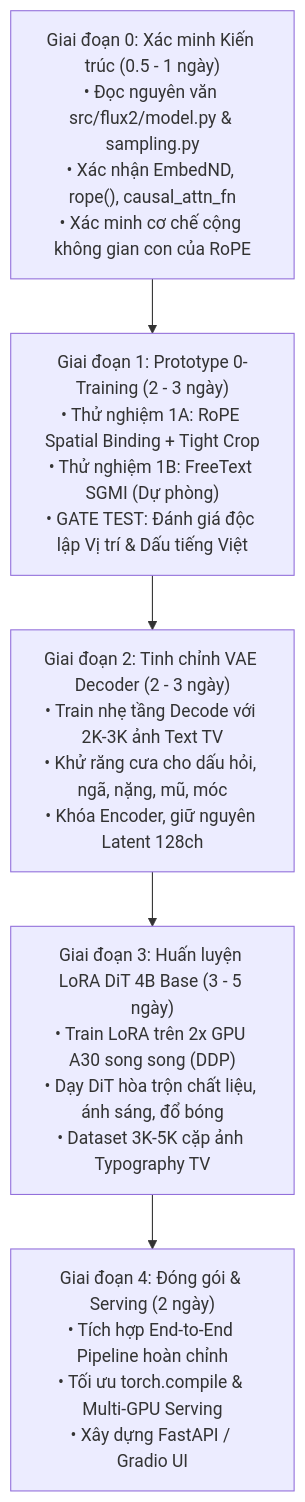
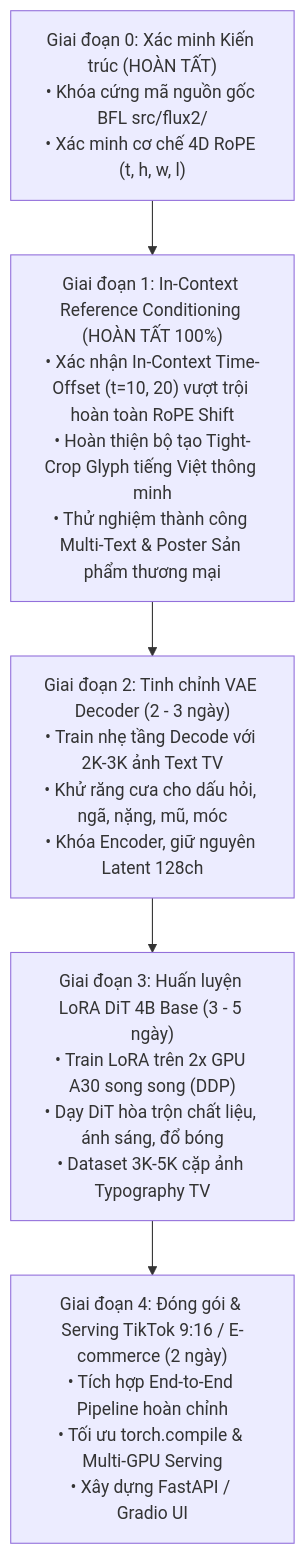
One commit to ncminhbka/tendoo changed the diagram in docs/PROJECT_ROADMAP.md. Above: the diagram before and after it, drawn with Mermaid. The commit also changed other lines of this file and 4 other files, not shown here.

Commit message:
Refactor: Drop manual RoPE shift, update roadmap to v3 In-Context conditioning, and add 9:16 TikTok dual-text poster generator

````diff
--- a/docs/PROJECT_ROADMAP.md
+++ b/docs/PROJECT_ROADMAP.md
@@ -24,10 +25,10 @@
 ```mermaid
 graph TD
-    G0["Giai đoạn 0: Xác minh Kiến trúc (0.5 - 1 ngày)<br>• Đọc nguyên văn src/flux2/model.py & sampling.py<br>• Xác nhận EmbedND, rope(), causal_attn_fn<br>• Xác minh cơ chế cộng không gian con của RoPE"]
-    G1["Giai đoạn 1: Prototype 0-Training (2 - 3 ngày)<br>• Thử nghiệm 1A: RoPE Spatial Binding + Tight Crop<br>• Thử nghiệm 1B: FreeText SGMI (Dự phòng)<br>• GATE TEST: Đánh giá độc lập Vị trí & Dấu tiếng Việt"]
+    G0["Giai đoạn 0: Xác minh Kiến trúc (HOÀN TẤT)<br>• Khóa cứng mã nguồn gốc BFL src/flux2/<br>• Xác minh cơ chế 4D RoPE (t, h, w, l)"]
+    G1["Giai đoạn 1: In-Context Reference Conditioning (HOÀN TẤT 100%)<br>• Xác nhận In-Context Time-Offset (t=10, 20) vượt trội hoàn toàn RoPE Shift<br>• Hoàn thiện bộ tạo Tight-Crop Glyph tiếng Việt thông minh<br>• Thử nghiệm thành công Multi-Text & Poster Sản phẩm thương mại"]
     G2["Giai đoạn 2: Tinh chỉnh VAE Decoder (2 - 3 ngày)<br>• Train nhẹ tầng Decode với 2K-3K ảnh Text TV<br>• Khử răng cưa cho dấu hỏi, ngã, nặng, mũ, móc<br>• Khóa Encoder, giữ nguyên Latent 128ch"]
     G3["Giai đoạn 3: Huấn luyện LoRA DiT 4B Base (3 - 5 ngày)<br>• Train LoRA trên 2x GPU A30 song song (DDP)<br>• Dạy DiT hòa trộn chất liệu, ánh sáng, đổ bóng<br>• Dataset 3K-5K cặp ảnh Typography TV"]
-    G4["Giai đoạn 4: Đóng gói & Serving (2 ngày)<br>• Tích hợp End-to-End Pipeline hoàn chỉnh<br>• Tối ưu torch.compile & Multi-GPU Serving<br>• Xây dựng FastAPI / Gradio UI"]
+    G4["Giai đoạn 4: Đóng gói & Serving TikTok 9:16 / E-commerce (2 ngày)<br>• Tích hợp End-to-End Pipeline hoàn chỉnh<br>• Tối ưu torch.compile & Multi-GPU Serving<br>• Xây dựng FastAPI / Gradio UI"]
 
     G0 --> G1 --> G2 --> G3 --> G4
 ```
````
